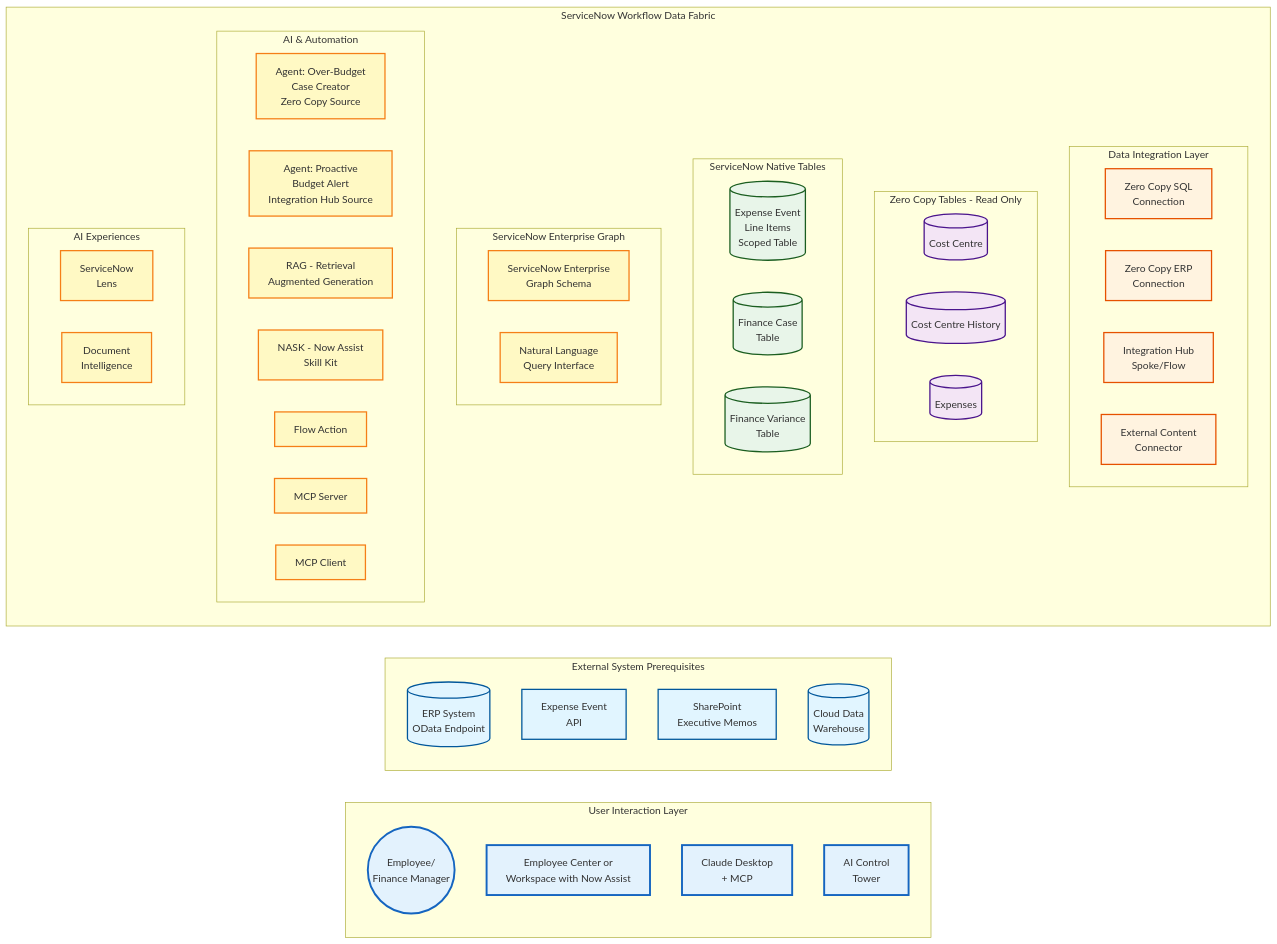
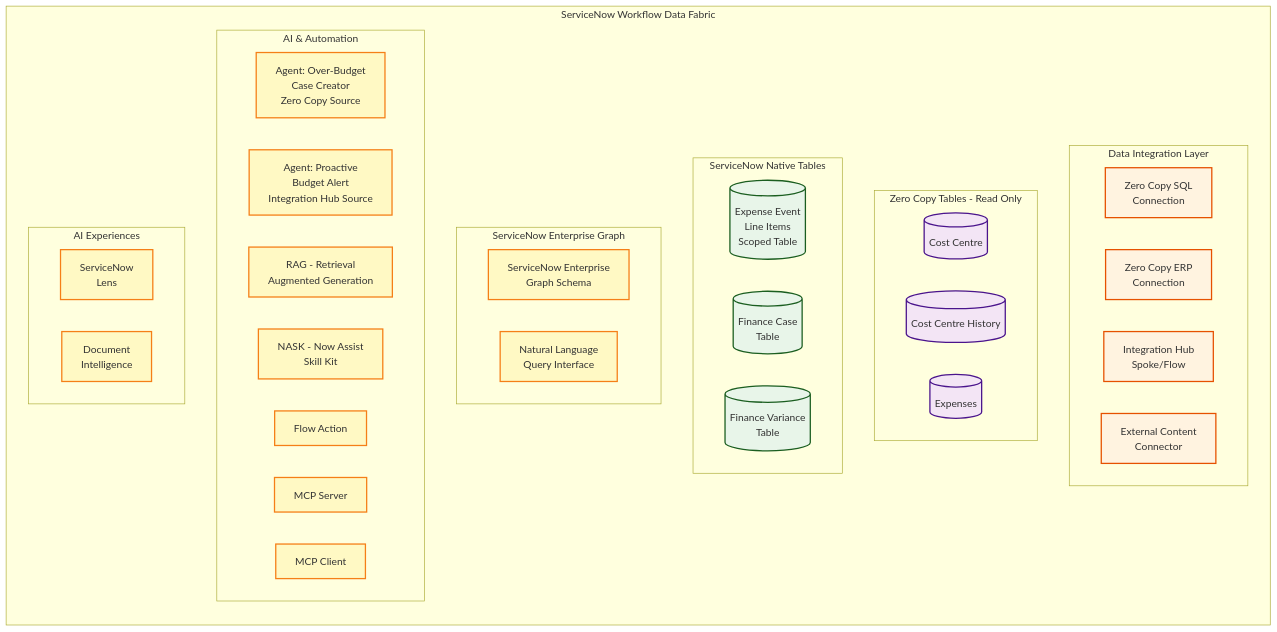
Before and after one commit to leojacinto/WorkflowDataFabric-TypeA: the third of 4 diagrams in WDF_Diagrams.md, drawn with Mermaid. The commit also changed other lines of this file, not shown here.

````diff
--- a/WDF_Diagrams.md
+++ b/WDF_Diagrams.md
@@ -40,72 +71,58 @@
 ```mermaid
 graph LR
-    subgraph "User Interaction Layer"
-        Employee((Employee/<br/>Finance Manager))
-        EC[Employee Center or<br/>Workspace with Now Assist]
-        ClaudeDesktop[Claude Desktop<br/>+ MCP]
-        ControlTower[AI Control<br/>Tower]
-    end
-
-    subgraph "External System Prerequisites"
-        ERP[(ERP System<br/>OData Endpoint)]
-        ExpenseAPI[Expense Event<br/>API]
-        SharePoint[SharePoint<br/>Executive Memos]
-        CDW[(Cloud Data<br/>Warehouse)]
-    end
-
     subgraph "ServiceNow Workflow Data Fabric"
         subgraph "Data Integration Layer"
             ZeroCopySQL[Zero Copy SQL<br/>Connection]
             ZeroCopyERP[Zero Copy ERP<br/>Connection]
             IntHub[Integration Hub<br/>Spoke/Flow]
             ExtContent[External Content<br/>Connector]
         end
 
         subgraph "Zero Copy Tables - Read Only"
             ZCCC[(Cost Centre)]
             ZCCH[(Cost Centre History)]
             ZCExp[(Expenses)]
         end
 
         subgraph "ServiceNow Native Tables"
             ExpenseTable[(Expense Event<br/>Line Items<br/>Scoped Table)]
             FinCase[(Finance Case<br/>Table)]
             FinVar[(Finance Variance<br/>Table)]
         end
 
         subgraph "ServiceNow Enterprise Graph"
             GGraph[ServiceNow Enterprise<br/>Graph Schema]
             NLQuery[Natural Language<br/>Query Interface]
         end
 
         subgraph "AI & Automation"
             Agent1[Agent: Over-Budget<br/>Case Creator<br/>Zero Copy Source]
             Agent2[Agent: Proactive<br/>Budget Alert<br/>Integration Hub Source]
             RAG[RAG - Retrieval<br/>Augmented Generation]
             NASK[NASK - Now Assist<br/>Skill Kit]
             FlowAction[Flow Action]
             MCP[MCP Server]
             MCPC[MCP Client]
         end
 
         subgraph "AI Experiences"
             Lens["ServiceNow</br>Lens"]
             DocIntel["Document</br>Intelligence"]
         end
     end
 
     %% Styling
     classDef external fill:#e1f5ff,stroke:#01579b,stroke-width:2px
     classDef integration fill:#fff3e0,stroke:#e65100,stroke-width:2px
     classDef zeroCopy fill:#f3e5f5,stroke:#4a148c,stroke-width:2px
     classDef native fill:#e8f5e9,stroke:#1b5e20,stroke-width:2px
     classDef ai fill:#fff9c4,stroke:#f57f17,stroke-width:2px
     classDef user fill:#e3f2fd,stroke:#1565c0,stroke-width:3px
 
     class ERP,ExpenseAPI,SharePoint,CDW external
     class ZeroCopySQL,ZeroCopyERP,IntHub,ExtContent integration
     class ZCCC,ZCCH,ZCExp zeroCopy
     class ExpenseTable,FinCase,FinVar native
     class Agent1,Agent2,RAG,NASK,FlowAction,MCP,MCPC,GGraph,NLQuery,Lens,DocIntel ai
     class Employee,EC,ControlTower,ClaudeDesktop user
 ```
````
